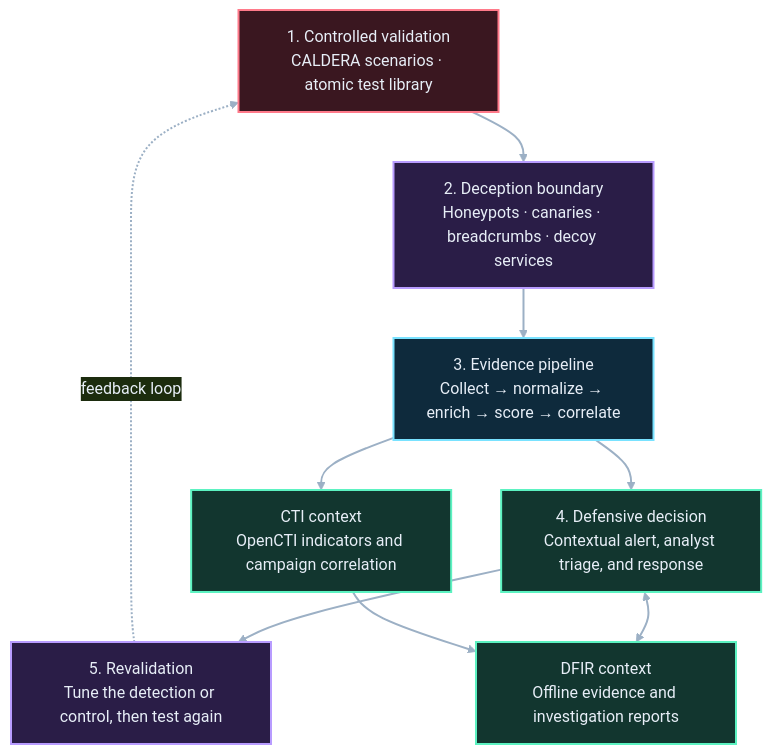
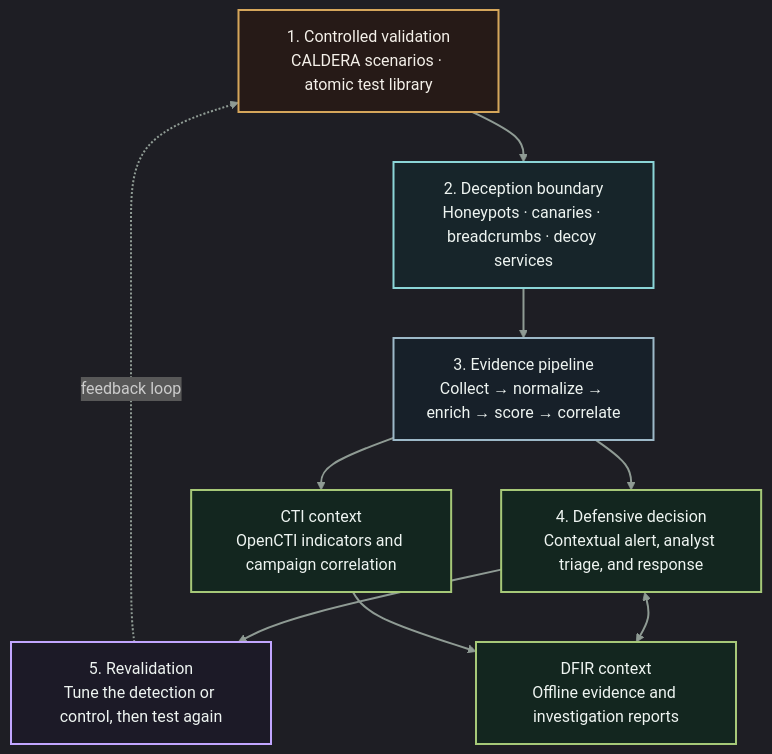
Before and after one commit to y-zahidi/DECEPTR-UNIFIED: the diagram in docs/diagrams/deceptr-architecture.mmd, drawn with Mermaid. The commit also changed 1 other file, not shown here.

Commit message:
Restyle architecture schema for dark mode

```diff
--- a/docs/diagrams/deceptr-architecture.mmd
+++ b/docs/diagrams/deceptr-architecture.mmd
@@ -1,27 +1,27 @@
-%%{init: {'theme':'base','themeVariables': {'background':'#07111D','primaryColor':'#0E1C2C','primaryTextColor':'#E7EEF7','primaryBorderColor':'#79E2FF','lineColor':'#9CB0C5','tertiaryColor':'#0E1C2C','clusterBkg':'#0E1C2C','clusterBorder':'#2A4560','fontFamily':'Arial'}}}%%
+%%{init: {'theme':'dark','themeVariables': {'darkMode': true, 'background':'#0B0E12', 'primaryColor':'#18232D', 'primaryTextColor':'#EEF4F1', 'primaryBorderColor':'#8BD5D7', 'lineColor':'#718078', 'secondaryColor':'#151B20', 'tertiaryColor':'#11171B', 'fontFamily':'Arial'}}}%%
 flowchart TB
     A["1. Controlled validation<br/>CALDERA scenarios · atomic test library"]
     B["2. Deception boundary<br/>Honeypots · canaries · breadcrumbs · decoy services"]
     C["3. Evidence pipeline<br/>Collect → normalize → enrich → score → correlate"]
     D["4. Defensive decision<br/>Contextual alert, analyst triage, and response"]
     E["5. Revalidation<br/>Tune the detection or control, then test again"]
 
     A --> B --> C --> D --> E
     E -. feedback loop .-> A
-
     C --> CTI["CTI context<br/>OpenCTI indicators and campaign correlation"]
     D <--> DFIR["DFIR context<br/>Offline evidence and investigation reports"]
     CTI --> DFIR
 
-    classDef red fill:#3A1720,stroke:#FF7A8A,color:#E7EEF7,stroke-width:2px;
-    classDef violet fill:#2A1D47,stroke:#B89CFF,color:#E7EEF7,stroke-width:2px;
-    classDef blue fill:#0E2A3C,stroke:#79E2FF,color:#E7EEF7,stroke-width:2px;
-    classDef green fill:#12362F,stroke:#5CF2C1,color:#E7EEF7,stroke-width:2px;
+    classDef signal fill:#261A17,stroke:#D5A65B,color:#F4F0E9,stroke-width:2px;
+    classDef boundary fill:#17252A,stroke:#8BD5D7,color:#EEF4F1,stroke-width:2px;
+    classDef evidence fill:#172029,stroke:#9DB9C8,color:#EEF4F1,stroke-width:2px;
+    classDef decision fill:#13261F,stroke:#A6C878,color:#EEF4F1,stroke-width:2px;
+    classDef context fill:#1C1A27,stroke:#C2A6FF,color:#EEF4F1,stroke-width:2px;
 
-    class A red;
-    class B violet;
-    class C blue;
-    class D,CTI,DFIR green;
-    class E violet;
+    class A signal;
+    class B boundary;
+    class C evidence;
+    class D,CTI,DFIR decision;
+    class E context;
 
-    linkStyle default stroke:#9CB0C5,stroke-width:2px;
+    linkStyle default stroke:#8F9B94,stroke-width:2px;
```
